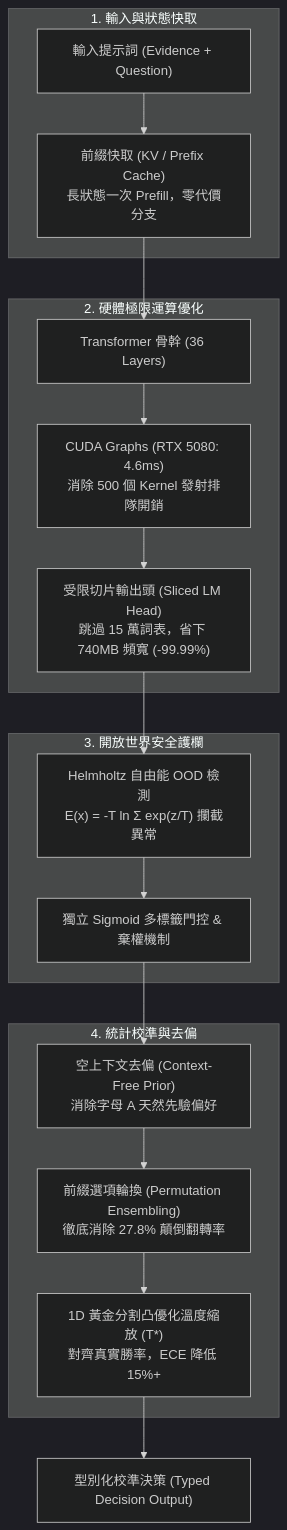
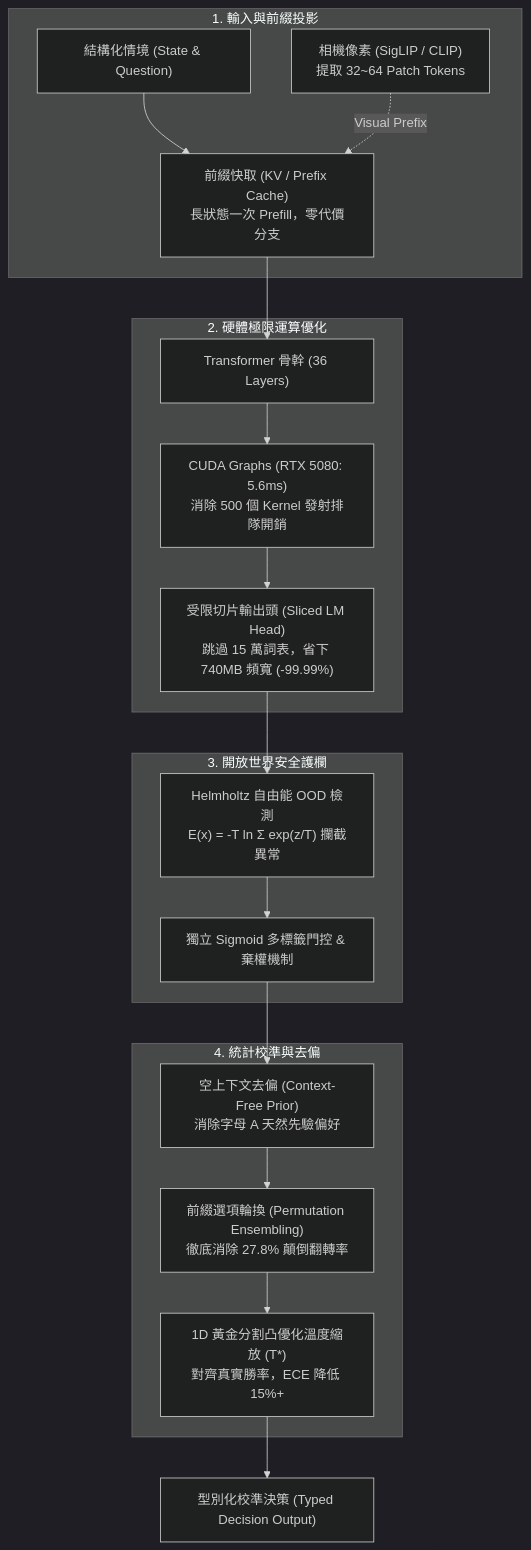
Before and after one commit to EndeavorYen/SemArbiter: the diagram in README.md, drawn with Mermaid (dark theme). The commit also changed other lines of this file and 1 other file, not shown here.

First line of the commit message:
docs(branding): rebrand to SemArbiter and elevate JevPilot-Vision architecture (#123)

````diff
--- a/README.md
+++ b/README.md
@@ -135,35 +132,37 @@
 ```mermaid
 flowchart TD
-    subgraph InputStage ["1. 輸入與狀態快取"]
-        Prompt["輸入提示詞 (Evidence + Question)"]
+    subgraph InputStage ["1. 輸入與前綴投影"]
+        Prompt["結構化情境 (State & Question)"]
+        Vision["相機像素 (SigLIP / CLIP)<br/>提取 32~64 Patch Tokens"]
         KVCache["前綴快取 (KV / Prefix Cache)<br/>長狀態一次 Prefill，零代價分支"]
         Prompt --> KVCache
+        Vision -.->|Visual Prefix| KVCache
     end
 
     subgraph ComputeStage ["2. 硬體極限運算優化"]
         Backbone["Transformer 骨幹 (36 Layers)"]
-        Graph["CUDA Graphs (RTX 5080: 4.6ms)<br/>消除 500 個 Kernel 發射排隊開銷"]
+        Graph["CUDA Graphs (RTX 5080: 5.6ms)<br/>消除 500 個 Kernel 發射排隊開銷"]
         Sliced["受限切片輸出頭 (Sliced LM Head)<br/>跳過 15 萬詞表，省下 740MB 頻寬 (-99.99%)"]
         KVCache --> Backbone
         Backbone --> Graph
         Graph --> Sliced
     end
 
     subgraph DefenseStage ["3. 開放世界安全護欄"]
         Energy["Helmholtz 自由能 OOD 檢測<br/>E(x) = -T ln Σ exp(z/T) 攔截異常"]
         Sigmoid["獨立 Sigmoid 多標籤門控 & 棄權機制"]
         Sliced --> Energy
         Energy --> Sigmoid
     end
 
     subgraph CalibrationStage ["4. 統計校準與去偏"]
         Prior["空上下文去偏 (Context-Free Prior)<br/>消除字母 A 天然先驗偏好"]
         Permute["前綴選項輪換 (Permutation Ensembling)<br/>徹底消除 27.8% 顛倒翻轉率"]
         Temp["1D 黃金分割凸優化溫度縮放 (T*)<br/>對齊真實勝率，ECE 降低 15%+"]
         Sigmoid --> Prior
         Prior --> Permute
         Permute --> Temp
     end
 
     Temp --> Output["型別化校準決策 (Typed Decision Output)"]
 ```
````
